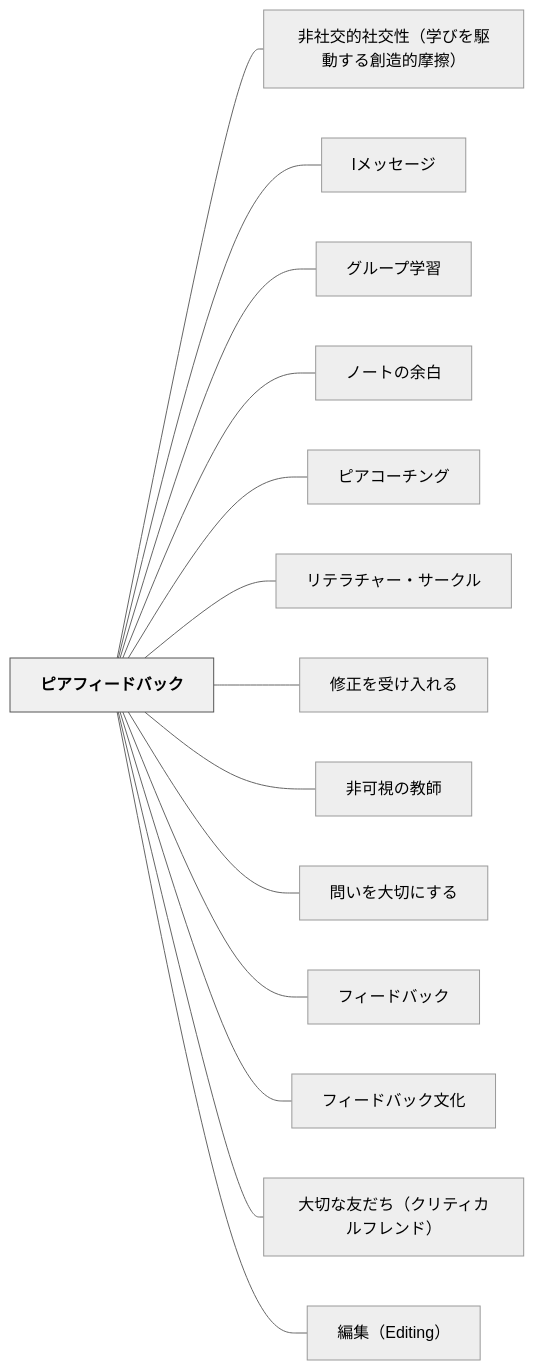
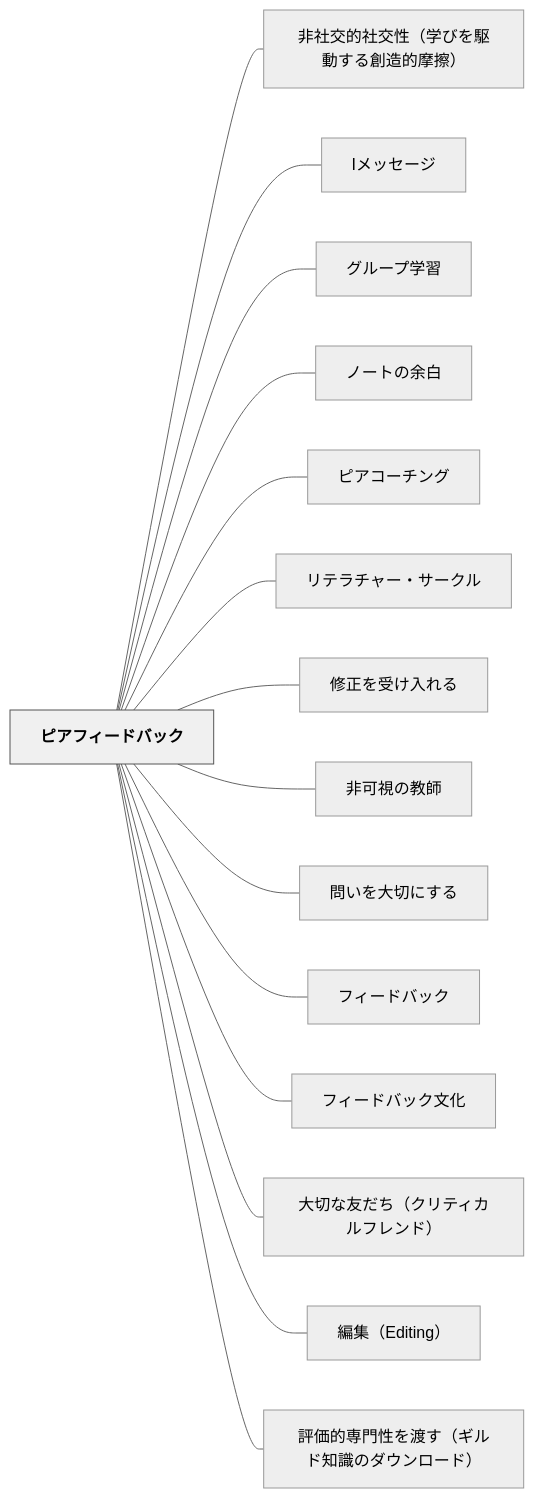
Before and after one commit to unknownthings-ed-patterns/unknownthings-ed-patterns: the diagram in content/パタン/ピアフィードバック.md, drawn with Mermaid (neutral theme). The commit also changed other lines of this file and 42 other files, not shown here.

````diff
--- a/content/パタン/ピアフィードバック.md
+++ b/content/パタン/ピアフィードバック.md
@@ -91,34 +107,36 @@
 ```mermaid
 flowchart LR
     ne38394e382a2e38395e382a3e383bce38389e38390e38383e382af["ピアフィードバック"]
     ne99d9ee7a4bee4baa4e79a84e7a4bee4baa4e680a7efbc88e5ada6e381b3e38292e9a786e58b95e38199e3828be589b5e980a0e79a84e691a9e693a6efbc89["非社交的社交性（学びを駆動する創造的摩擦）"]
     n49e383a1e38383e382bbe383bce382b8["Iメッセージ"]
     ne382b0e383abe383bce38397e5ada6e7bf92["グループ学習"]
     ne3838ee383bce38388e381aee4bd99e799bd["ノートの余白"]
     ne38394e382a2e382b3e383bce38381e383b3e382b0["ピアコーチング"]
     ne383aae38386e383a9e38381e383a3e383bce383bbe382b5e383bce382afe383ab["リテラチャー・サークル"]
     ne4bfaee6ada3e38292e58f97e38191e585a5e3828ce3828b["修正を受け入れる"]
     ne99d9ee58fafe8a696e381aee69599e5b8ab["非可視の教師"]
     ne5958fe38184e38292e5a4a7e58887e381abe38199e3828b["問いを大切にする"]
     ne38395e382a3e383bce38389e38390e38383e382af["フィードバック"]
     ne38395e382a3e383bce38389e38390e38383e382afe69687e58c96["フィードバック文化"]
     ne5a4a7e58887e381aae58f8be381a0e381a1efbc88e382afe383aae38386e382a3e382abe383abe38395e383ace383b3e38389efbc89["大切な友だち（クリティカルフレンド）"]
     ne7b7a8e99b86efbc8845646974696e67efbc89["編集（Editing）"]
+    ne8a995e4bea1e79a84e5b082e99680e680a7e38292e6b8a1e38199efbc88e382aee383abe38389e79fa5e8ad98e381aee38380e382a6e383b3e383ade383bce38389efbc89["評価的専門性を渡す（ギルド知識のダウンロード）"]
 
     ne38394e382a2e38395e382a3e383bce38389e38390e38383e382af --- ne99d9ee7a4bee4baa4e79a84e7a4bee4baa4e680a7efbc88e5ada6e381b3e38292e9a786e58b95e38199e3828be589b5e980a0e79a84e691a9e693a6efbc89
     ne38394e382a2e38395e382a3e383bce38389e38390e38383e382af --- n49e383a1e38383e382bbe383bce382b8
     ne38394e382a2e38395e382a3e383bce38389e38390e38383e382af --- ne382b0e383abe383bce38397e5ada6e7bf92
     ne38394e382a2e38395e382a3e383bce38389e38390e38383e382af --- ne3838ee383bce38388e381aee4bd99e799bd
     ne38394e382a2e38395e382a3e383bce38389e38390e38383e382af --- ne38394e382a2e382b3e383bce38381e383b3e382b0
     ne38394e382a2e38395e382a3e383bce38389e38390e38383e382af --- ne383aae38386e383a9e38381e383a3e383bce383bbe382b5e383bce382afe383ab
     ne38394e382a2e38395e382a3e383bce38389e38390e38383e382af --- ne4bfaee6ada3e38292e58f97e38191e585a5e3828ce3828b
     ne38394e382a2e38395e382a3e383bce38389e38390e38383e382af --- ne99d9ee58fafe8a696e381aee69599e5b8ab
     ne38394e382a2e38395e382a3e383bce38389e38390e38383e382af --- ne5958fe38184e38292e5a4a7e58887e381abe38199e3828b
     ne38394e382a2e38395e382a3e383bce38389e38390e38383e382af --- ne38395e382a3e383bce38389e38390e38383e382af
     ne38394e382a2e38395e382a3e383bce38389e38390e38383e382af --- ne38395e382a3e383bce38389e38390e38383e382afe69687e58c96
     ne38394e382a2e38395e382a3e383bce38389e38390e38383e382af --- ne5a4a7e58887e381aae58f8be381a0e381a1efbc88e382afe383aae38386e382a3e382abe383abe38395e383ace383b3e38389efbc89
     ne38394e382a2e38395e382a3e383bce38389e38390e38383e382af --- ne7b7a8e99b86efbc8845646974696e67efbc89
+    ne38394e382a2e38395e382a3e383bce38389e38390e38383e382af --- ne8a995e4bea1e79a84e5b082e99680e680a7e38292e6b8a1e38199efbc88e382aee383abe38389e79fa5e8ad98e381aee38380e382a6e383b3e383ade383bce38389efbc89
 
     classDef hub fill:#f0f0f0,stroke:#555,color:#000,font-weight:bold
     class ne38394e382a2e38395e382a3e383bce38389e38390e38383e382af hub
 ```
````
